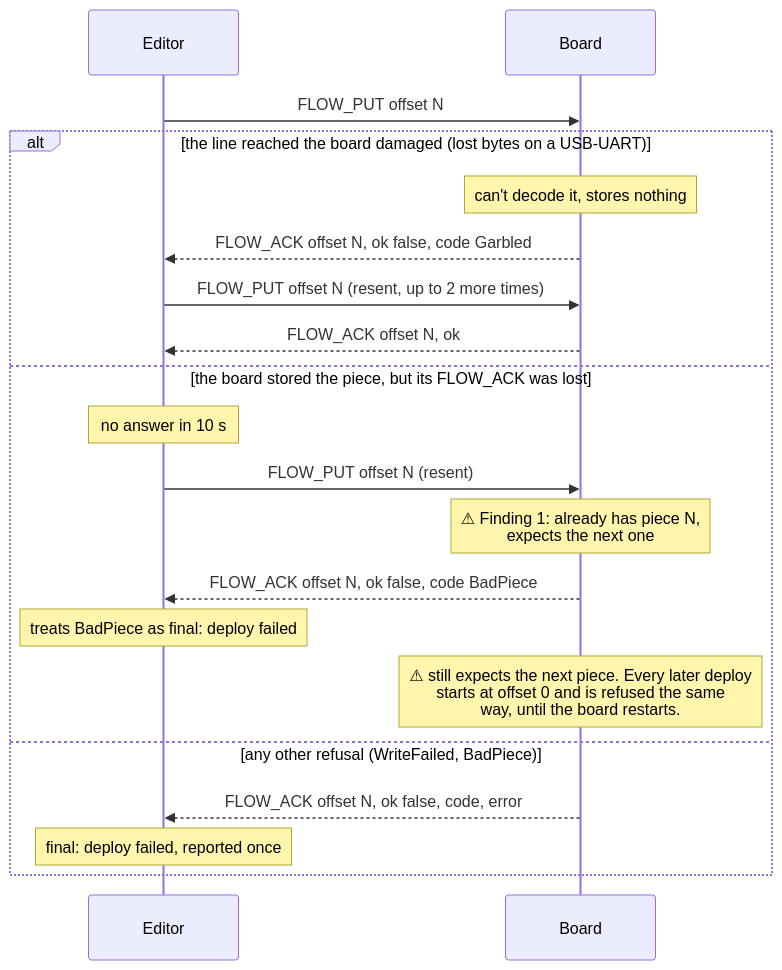
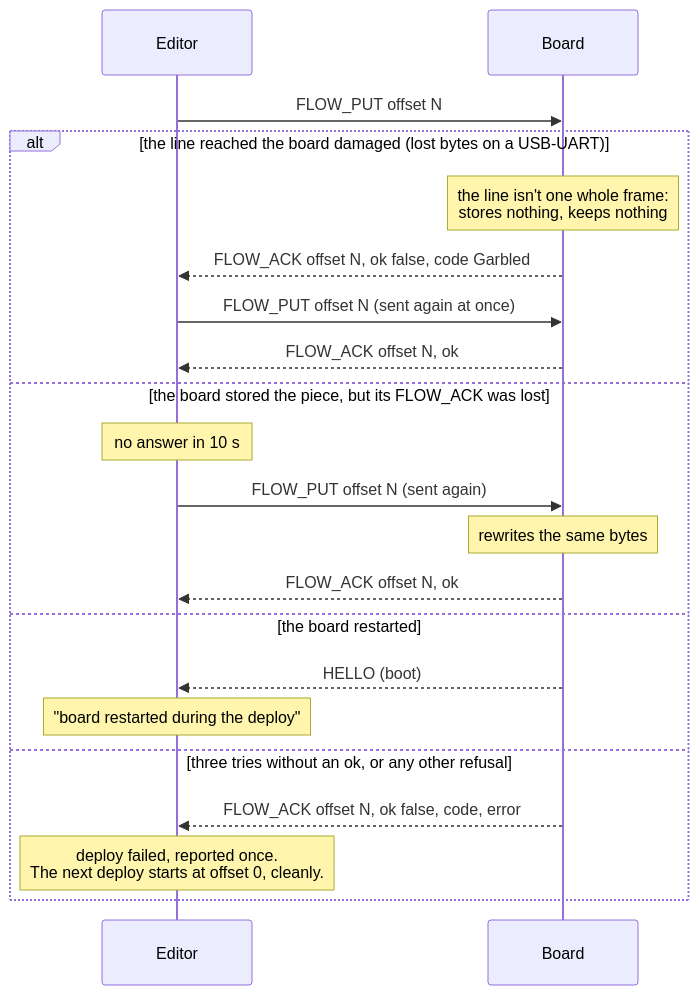
Before and after one commit to mkarliner/ThingStudio: the fifth of 11 diagrams in interfaces/protocol/SEQUENCES.md, drawn with Mermaid. The commit also changed other lines of this file and 8 other files, not shown here.

First line of the commit message:
docs: protocol diagrams, coverage, decisions and follow-up review for SPEC §7

````diff
--- a/interfaces/protocol/SEQUENCES.md
+++ b/interfaces/protocol/SEQUENCES.md
@@ -139,22 +169,23 @@
 ```mermaid
 sequenceDiagram
     participant E as Editor
     participant B as Board
     E->>B: FLOW_PUT offset N
     alt the line reached the board damaged (lost bytes on a USB-UART)
-        Note over B: can't decode it, stores nothing
+        Note over B: the line isn't one whole frame:<br/>stores nothing, keeps nothing
         B-->>E: FLOW_ACK offset N, ok false, code Garbled
-        E->>B: FLOW_PUT offset N (resent, up to 2 more times)
+        E->>B: FLOW_PUT offset N (sent again at once)
         B-->>E: FLOW_ACK offset N, ok
     else the board stored the piece, but its FLOW_ACK was lost
         Note over E: no answer in 10 s
-        E->>B: FLOW_PUT offset N (resent)
-        Note over B: ⚠ Finding 1: already has piece N,<br/>expects the next one
-        B-->>E: FLOW_ACK offset N, ok false, code BadPiece
-        Note over E: treats BadPiece as final: deploy failed
-        Note over B: ⚠ still expects the next piece. Every later deploy<br/>starts at offset 0 and is refused the same<br/>way, until the board restarts.
-    else any other refusal (WriteFailed, BadPiece)
+        E->>B: FLOW_PUT offset N (sent again)
+        Note over B: rewrites the same bytes
+        B-->>E: FLOW_ACK offset N, ok
+    else the board restarted
+        B-->>E: HELLO (boot)
+        Note over E: "board restarted during the deploy"
+    else three tries without an ok, or any other refusal
         B-->>E: FLOW_ACK offset N, ok false, code, error
-        Note over E: final: deploy failed, reported once
+        Note over E: deploy failed, reported once.<br/>The next deploy starts at offset 0, cleanly.
     end
 ```
````
